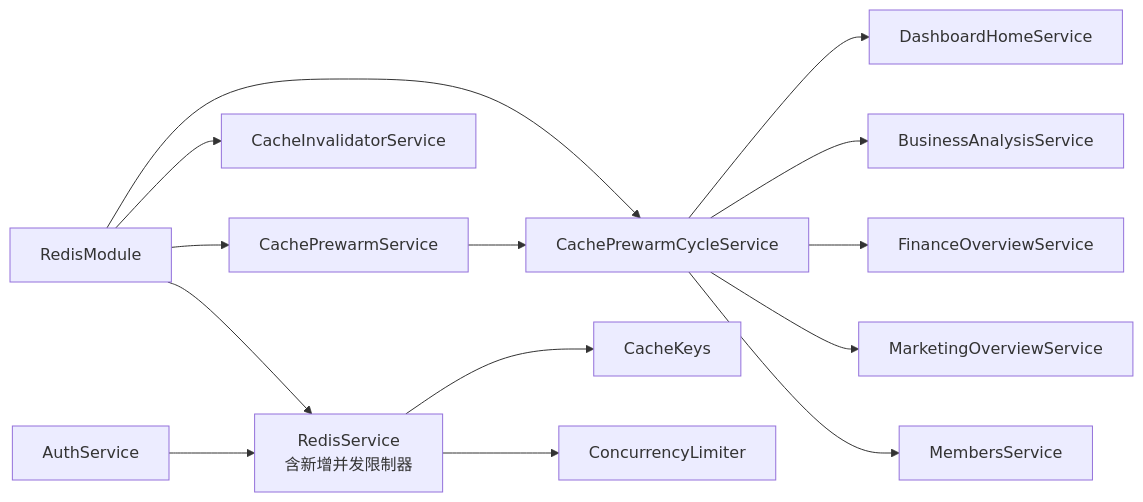
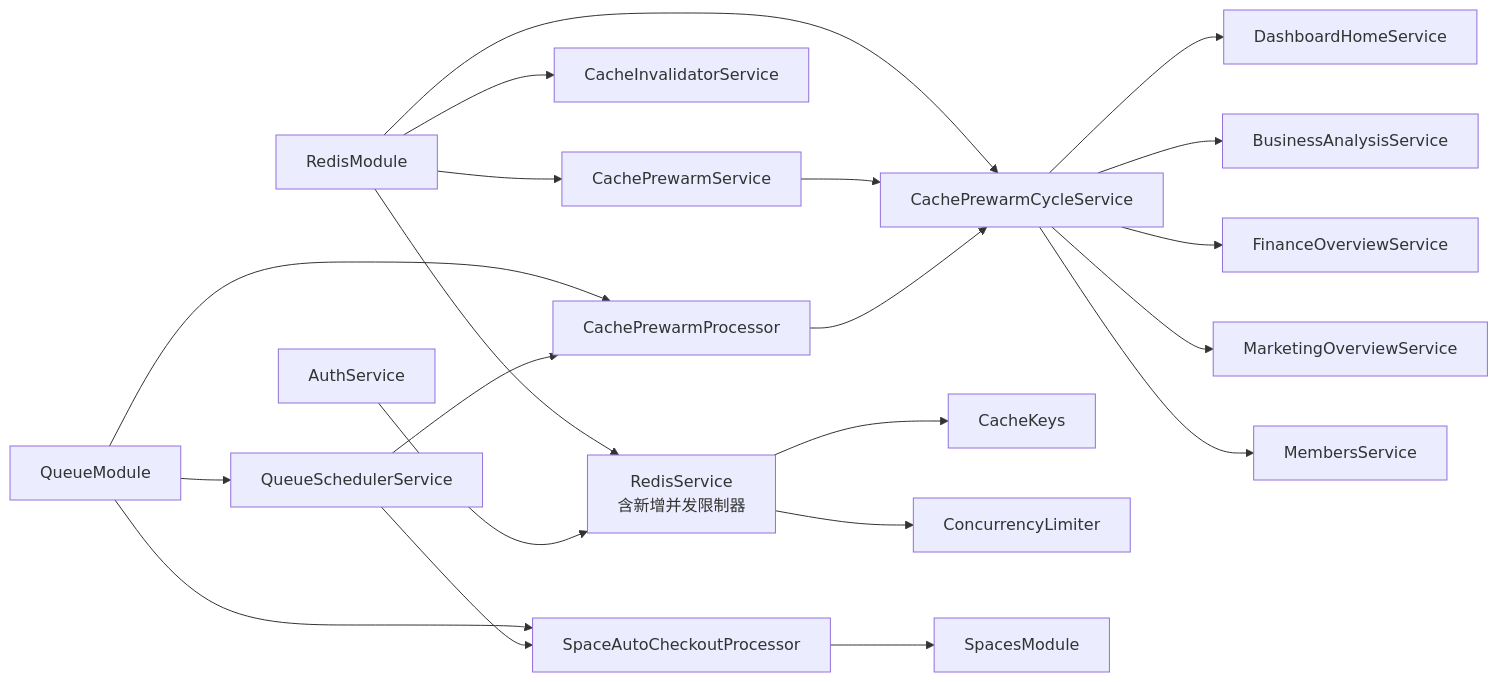
The tenth of 10 diagrams in .qoder/repowiki/zh/content/缓存系统/缓存系统.md (rc558620/purelyprofit-server), drawn with Mermaid before and after one commit. The commit also changed other lines of this file and 25 other files, not shown here.

````diff
--- a/.qoder/repowiki/zh/content/缓存系统/缓存系统.md
+++ b/.qoder/repowiki/zh/content/缓存系统/缓存系统.md
@@ -639,16 +730,23 @@
 ```mermaid
 graph LR
 RM["RedisModule"] --> RS["RedisService<br/>含新增并发限制器"]
 RM --> CIS["CacheInvalidatorService"]
 RM --> CPS["CachePrewarmService"]
 RM --> CYCLE["CachePrewarmCycleService"]
 CPS --> CYCLE
 CYCLE --> DHBiz["DashboardHomeService"]
 CYCLE --> BABiz["BusinessAnalysisService"]
 CYCLE --> FOBiz["FinanceOverviewService"]
 CYCLE --> MOBiz["MarketingOverviewService"]
 CYCLE --> MembBiz["MembersService"]
 RS --> CK["CacheKeys"]
 RS --> CL["ConcurrencyLimiter"]
 AUTH["AuthService"] --> RS
+QM["QueueModule"] --> QS["QueueSchedulerService"]
+QM --> CPQ["CachePrewarmProcessor"]
+QM --> SACQ["SpaceAutoCheckoutProcessor"]
+QS --> CPQ
+QS --> SACQ
+CPQ --> CYCLE
+SACQ --> SPACES["SpacesModule"]
 ```
````
